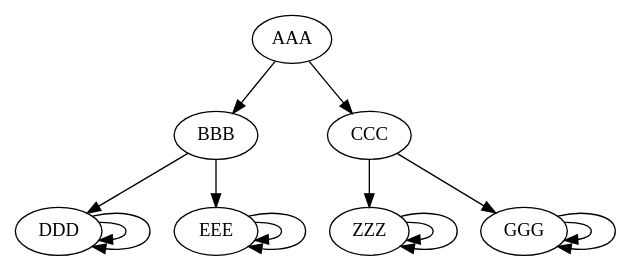
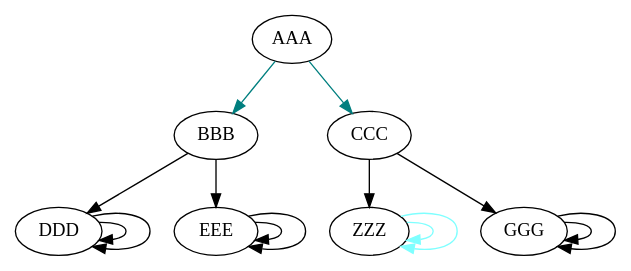
Before and after one commit to krka/adventofcode2019: the diagram in day8.dot, drawn with Graphviz. The commit also changed 2 other files, not shown here.

Commit message:
Tweak graph

```diff
--- a/day8.dot
+++ b/day8.dot
@@ -1,9 +1,9 @@
 digraph {
-AAA -> BBB, CCC;
-CCC -> ZZZ, GGG;
-BBB -> DDD, EEE;
-EEE -> EEE, EEE;
-DDD -> DDD, DDD;
-GGG -> GGG, GGG;
-ZZZ -> ZZZ, ZZZ;
+AAA -> BBB, CCC [style=filled,color=".5 1.0 .5"];
+CCC -> ZZZ, GGG ;
+BBB -> DDD, EEE ;
+EEE -> EEE, EEE ;
+DDD -> DDD, DDD ;
+GGG -> GGG, GGG ;
+ZZZ -> ZZZ, ZZZ [style=filled,color=".5 .5 1.0"];
 }
```
